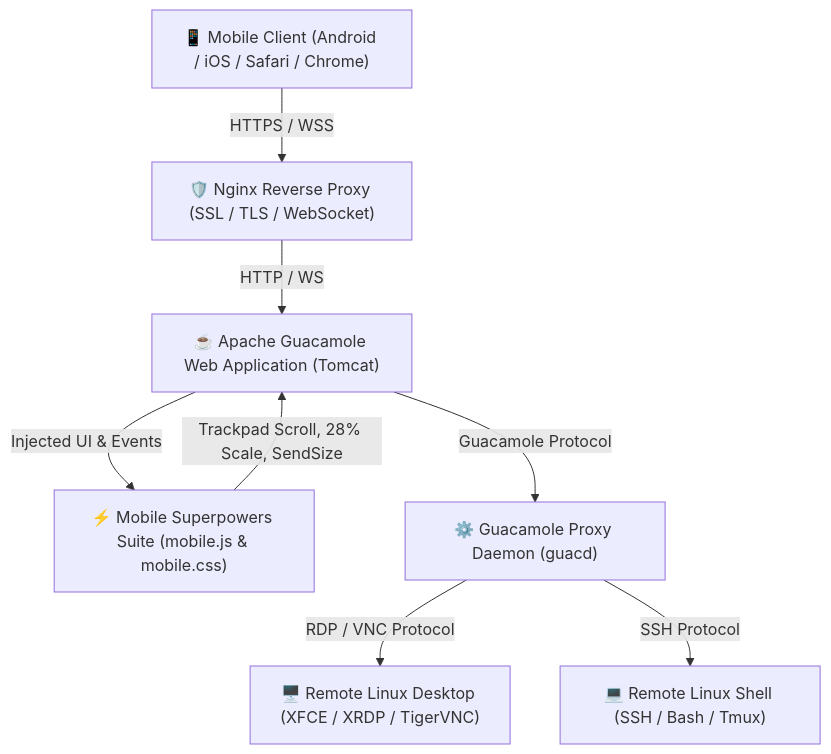
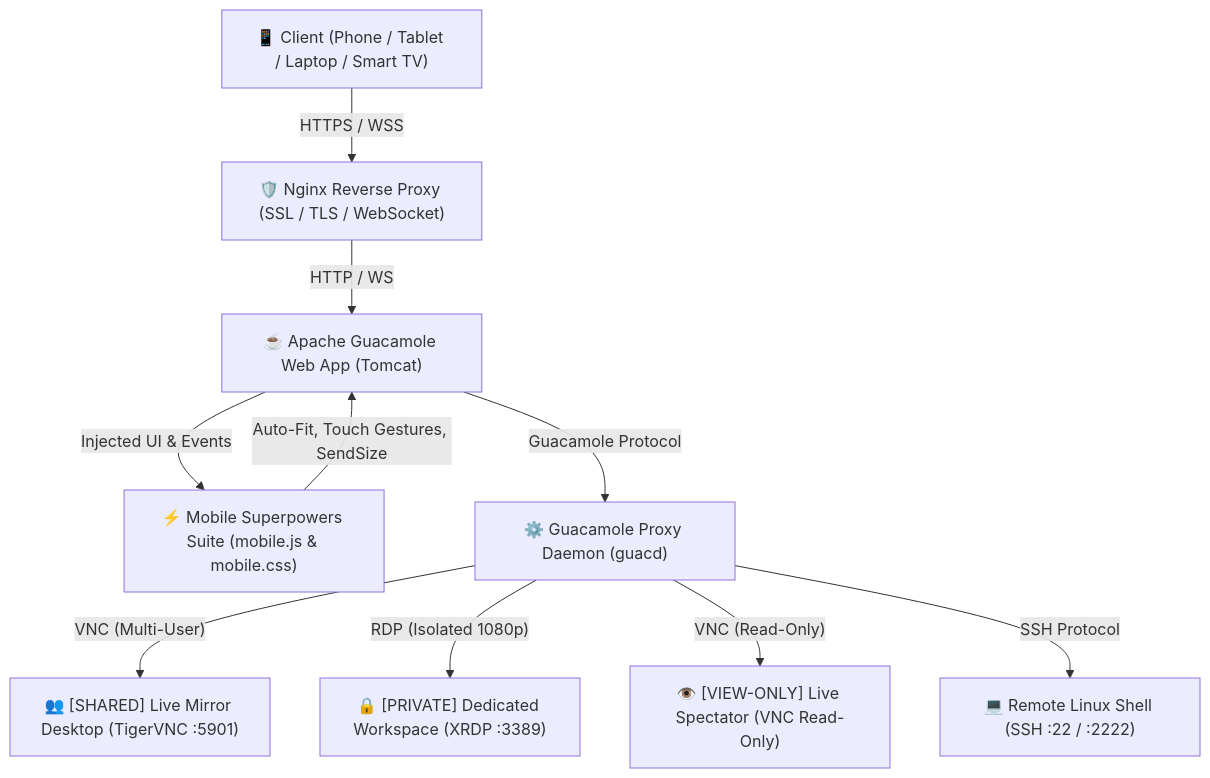
One commit to adminsir-glich/guacamole-mobile-suite changed the diagram in README.md. Above: the diagram before and after it, drawn with Mermaid. The commit also changed other lines of this file and 5 other files, not shown here.

Commit message:
feat: responsive full-screen auto-fit, zero-drift terminal docking, cross-browser Chrome fullscreen fix, and multi-user collaboration docs

````diff
--- a/README.md
+++ b/README.md
@@ -92,18 +93,22 @@
 ```mermaid
 flowchart TD
-    Client["📱 Mobile Client (Android / iOS / Safari / Chrome)"]
+    Client["📱 Client (Phone / Tablet / Laptop / Smart TV)"]
     ReverseProxy["🛡️ Nginx Reverse Proxy (SSL / TLS / WebSocket)"]
-    GuacWebApp["☕ Apache Guacamole Web Application (Tomcat)"]
+    GuacWebApp["☕ Apache Guacamole Web App (Tomcat)"]
     GuacSuite["⚡ Mobile Superpowers Suite (mobile.js & mobile.css)"]
     Guacd["⚙️ Guacamole Proxy Daemon (guacd)"]
-    LinuxDesktop["🖥️ Remote Linux Desktop (XFCE / XRDP / TigerVNC)"]
-    SSHTerminal["💻 Remote Linux Shell (SSH / Bash / Tmux)"]
+    SharedVNC["👥 [SHARED] Live Mirror Desktop (TigerVNC :5901)"]
+    PrivateRDP["🔒 [PRIVATE] Dedicated Workspace (XRDP :3389)"]
+    SpectatorVNC["👁️ [VIEW-ONLY] Live Spectator (VNC Read-Only)"]
+    SSHTerminal["💻 Remote Linux Shell (SSH :22 / :2222)"]
 
     Client -->|"HTTPS / WSS"| ReverseProxy
     ReverseProxy -->|"HTTP / WS"| GuacWebApp
     GuacWebApp -->|"Injected UI & Events"| GuacSuite
-    GuacSuite -->|"Trackpad Scroll, 28% Scale, SendSize"| GuacWebApp
+    GuacSuite -->|"Auto-Fit, Touch Gestures, SendSize"| GuacWebApp
     GuacWebApp -->|"Guacamole Protocol"| Guacd
-    Guacd -->|"RDP / VNC Protocol"| LinuxDesktop
+    Guacd -->|"VNC (Multi-User)"| SharedVNC
+    Guacd -->|"RDP (Isolated 1080p)"| PrivateRDP
+    Guacd -->|"VNC (Read-Only)"| SpectatorVNC
     Guacd -->|"SSH Protocol"| SSHTerminal
 ```
````
